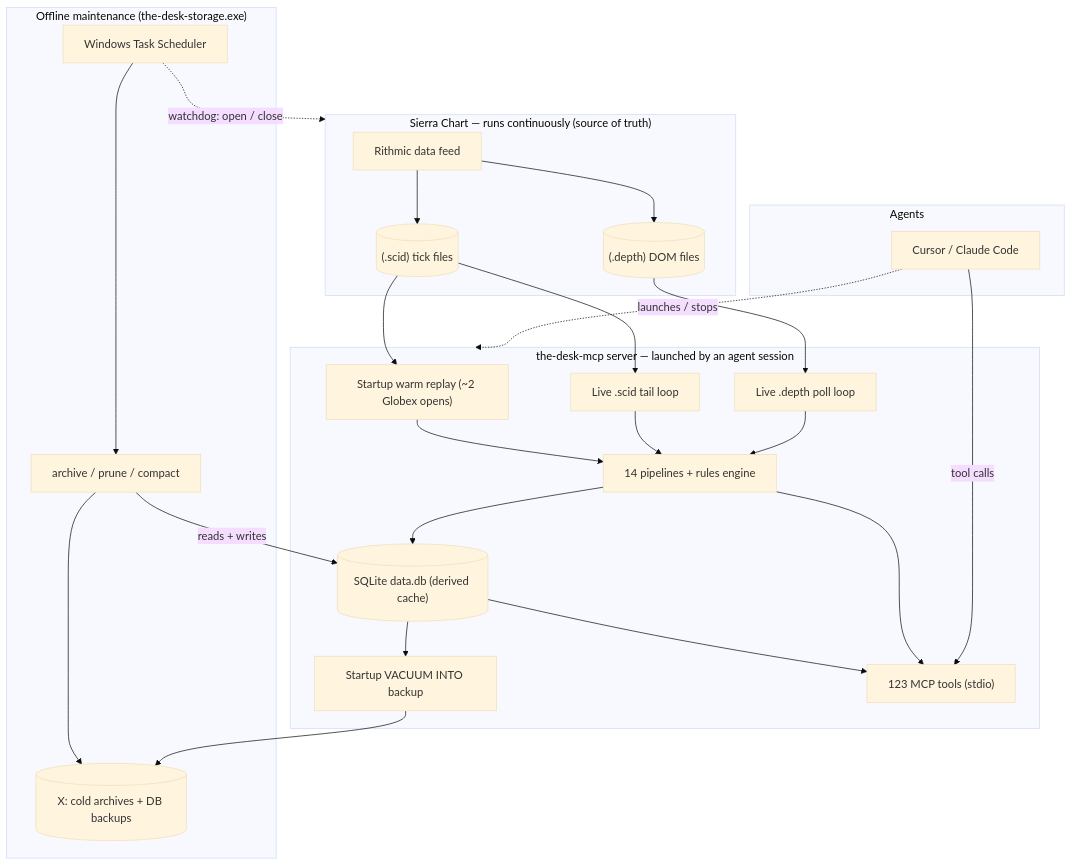
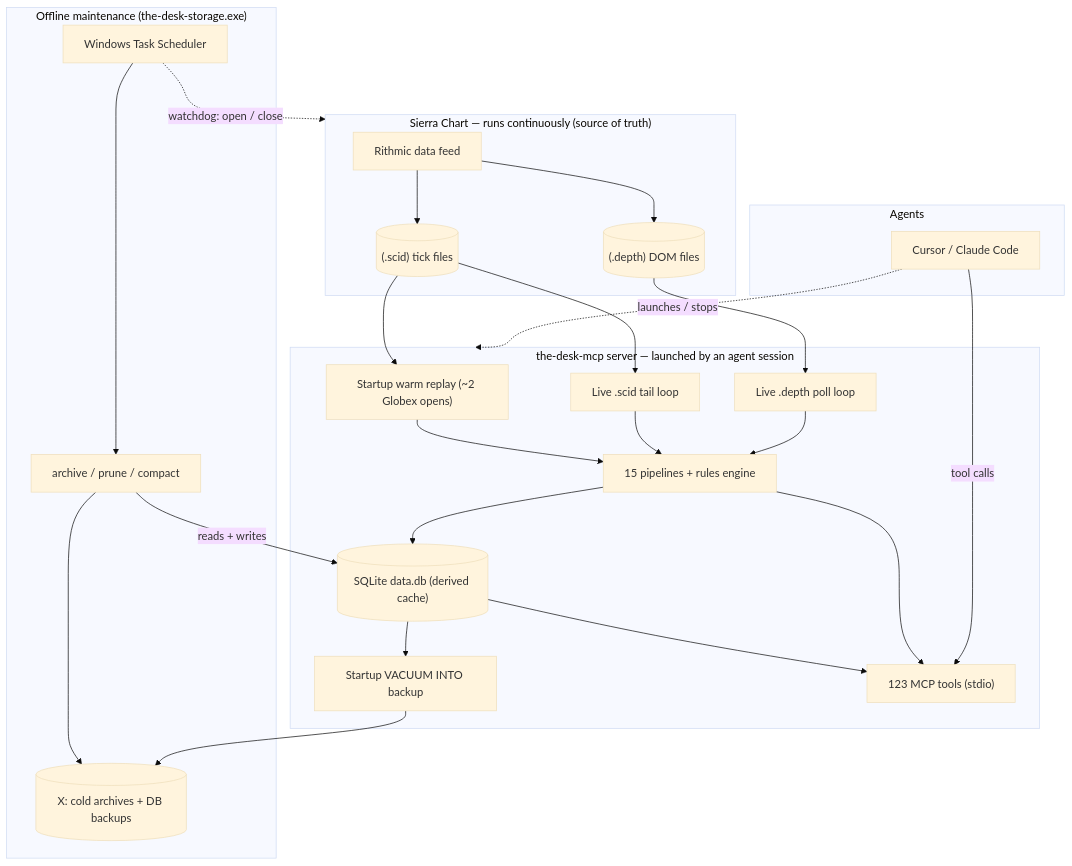
Before and after one commit to alecwardd/the-desk: the diagram in docs/architecture/data-flow.md, drawn with Mermaid (base theme). The commit also changed 23 other files, not shown here.

````diff
--- a/docs/architecture/data-flow.md
+++ b/docs/architecture/data-flow.md
@@ -20,48 +20,48 @@
 ```mermaid
 flowchart TB
     subgraph SIERRA["Sierra Chart — runs continuously (source of truth)"]
         FEED["Rithmic data feed"]
         SCID[("(.scid) tick files")]
         DEPTH[("(.depth) DOM files")]
         FEED --> SCID
         FEED --> DEPTH
     end
 
     subgraph SERVER["the-desk-mcp server — launched by an agent session"]
         WARM["Startup warm replay (~2 Globex opens)"]
         TAIL["Live .scid tail loop"]
         DLOOP["Live .depth poll loop"]
-        PIPE["14 pipelines + rules engine"]
+        PIPE["15 pipelines + rules engine"]
         DB[("SQLite data.db (derived cache)")]
         BK["Startup VACUUM INTO backup"]
         TOOLS["123 MCP tools (stdio)"]
         WARM --> PIPE
         TAIL --> PIPE
         DLOOP --> PIPE
         PIPE --> DB
         DB --> TOOLS
         PIPE --> TOOLS
         DB --> BK
     end
 
     subgraph AGENTS["Agents"]
         CURSOR["Cursor / Claude Code"]
     end
 
     subgraph MAINT["Offline maintenance (the-desk-storage.exe)"]
         STORE["archive / prune / compact"]
         COLD[("X: cold archives + DB backups")]
         TASKS["Windows Task Scheduler"]
     end
 
     SCID --> WARM
     SCID --> TAIL
     DEPTH --> DLOOP
     CURSOR -->|tool calls| TOOLS
     CURSOR -.->|launches / stops| SERVER
     STORE -->|reads + writes| DB
     STORE --> COLD
     BK --> COLD
     TASKS --> STORE
     TASKS -.->|watchdog: open / close| SIERRA
 ```
````
